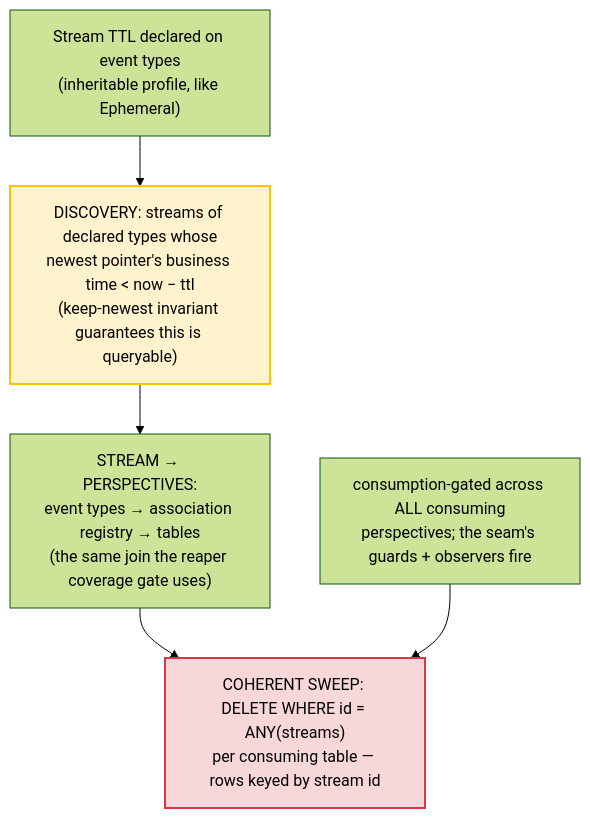
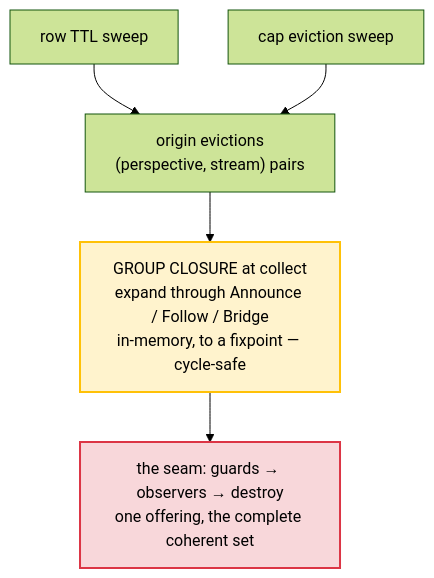
The second of 2 diagrams in src/assets/docs/proposals/pre-destruction-seam.md (whizbang-lib/whizbang-lib.github.io), drawn with Mermaid (forest theme) before and after one commit. The commit also changed other lines of this file, not shown here.

````diff
--- a/src/assets/docs/proposals/pre-destruction-seam.md
+++ b/src/assets/docs/proposals/pre-destruction-seam.md
@@ -72,14 +93,10 @@
 ```mermaid
 graph TB
-    Decl["Stream TTL declared on event types<br/>(inheritable profile, like Ephemeral)"]
-    Discover["DISCOVERY: streams of declared types whose<br/>newest pointer's business time < now − ttl<br/>(keep-newest invariant guarantees this is queryable)"]
-    Assoc["STREAM → PERSPECTIVES:<br/>event types → association registry → tables<br/>(the same join the reaper coverage gate uses)"]
-    Sweep["COHERENT SWEEP: DELETE WHERE id = ANY(streams)<br/>per consuming table — rows keyed by stream id"]
-    Gate["consumption-gated across ALL consuming<br/>perspectives; the seam's guards + observers fire"]
+    TTL["row TTL sweep"] --> Origin["origin evictions<br/>(perspective, stream) pairs"]
+    Cap["cap eviction sweep"] --> Origin
+    Origin --> Closure["GROUP CLOSURE at collect<br/>expand through Announce / Follow / Bridge<br/>in-memory, to a fixpoint — cycle-safe"]
+    Closure --> SeamFlow["the seam: guards → observers → destroy<br/>one offering, the complete coherent set"]
 
-    Decl --> Discover --> Assoc --> Sweep
-    Gate --> Sweep
-
-    style Discover fill:#fff3cd,stroke:#ffc107,stroke-width:2px
-    style Sweep fill:#f8d7da,stroke:#dc3545,stroke-width:2px
+    style Closure fill:#fff3cd,stroke:#ffc107,stroke-width:2px
+    style SeamFlow fill:#f8d7da,stroke:#dc3545,stroke-width:2px
 ```
````
